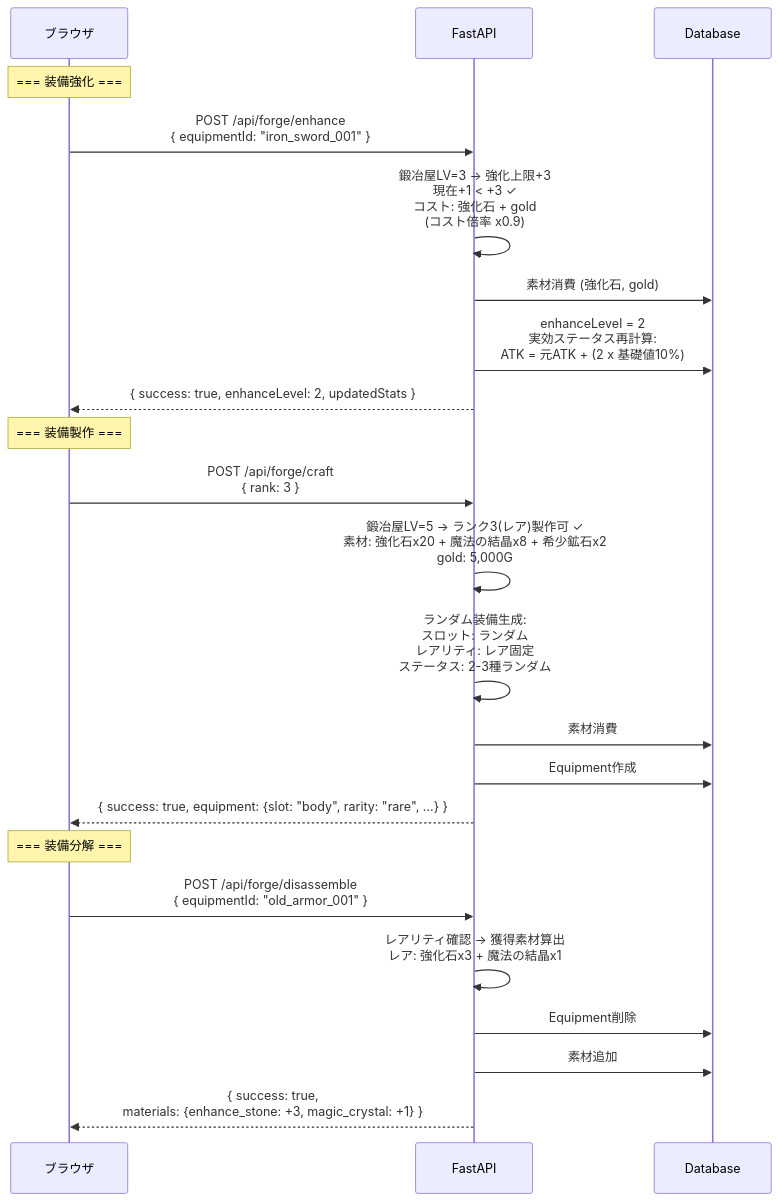
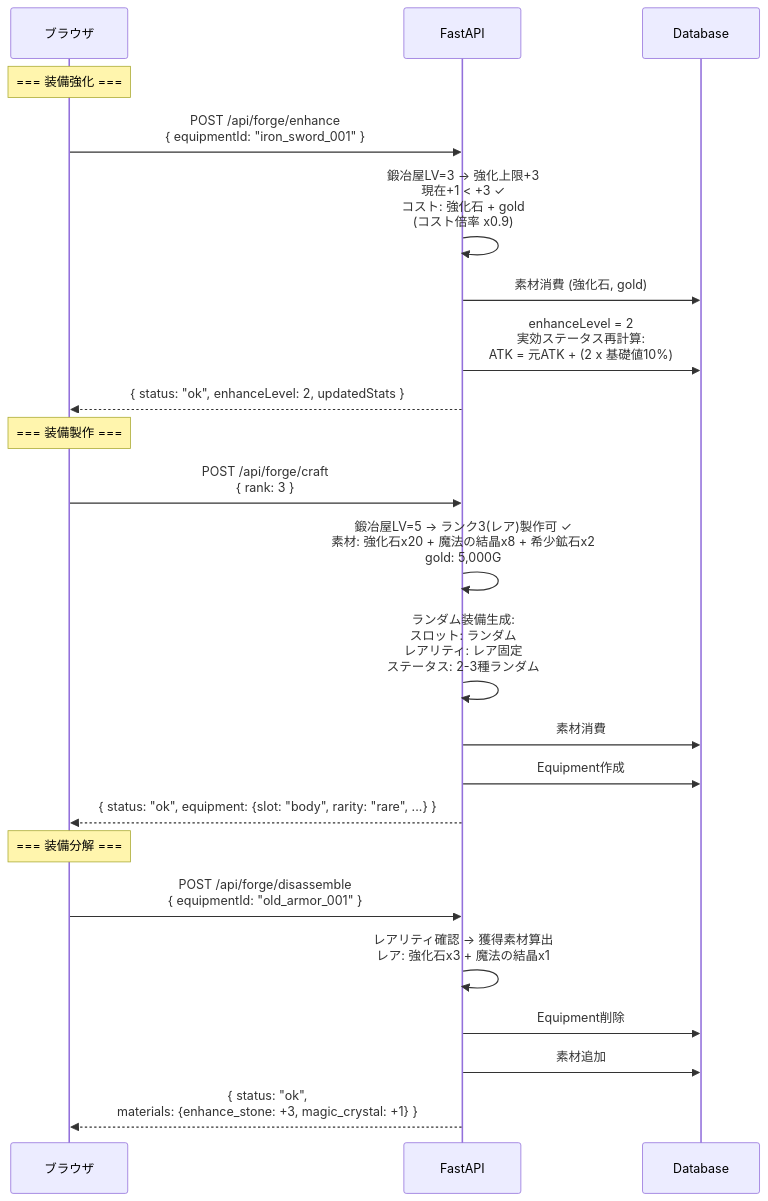
Before and after one commit to dateeee/2026_AFKGAME: the tenth of 14 diagrams in diagrams/api_sequence.md, drawn with Mermaid. The commit also changed other lines of this file and 34 other files, not shown here.

First line of the commit message:
docs+fix: 工程定義に基づく要件〜詳細設計の見直し — 全仕様書・設計図レビューと指摘修正

````diff
--- a/diagrams/api_sequence.md
+++ b/diagrams/api_sequence.md
@@ -362,38 +398,38 @@
 ```mermaid
 %%{init: {'theme': 'default', 'sequence': {'actorFontSize': 18, 'messageFontSize': 16, 'noteFontSize': 14}} }%%
 sequenceDiagram
     participant B as ブラウザ
     participant API as FastAPI
     participant DB as Database
 
     Note over B: === 装備強化 ===
 
     B->>API: POST /api/forge/enhance<br/>{ equipmentId: "iron_sword_001" }
 
     API->>API: 鍛冶屋LV=3 → 強化上限+3<br/>現在+1 < +3 ✓<br/>コスト: 強化石 + gold<br/>(コスト倍率 x0.9)
 
     API->>DB: 素材消費 (強化石, gold)
     API->>DB: enhanceLevel = 2<br/>実効ステータス再計算:<br/>ATK = 元ATK + (2 x 基礎値10%)
-    API-->>B: { success: true, enhanceLevel: 2, updatedStats }
+    API-->>B: { status: "ok", enhanceLevel: 2, updatedStats }
 
     Note over B: === 装備製作 ===
 
     B->>API: POST /api/forge/craft<br/>{ rank: 3 }
 
     API->>API: 鍛冶屋LV=5 → ランク3(レア)製作可 ✓<br/>素材: 強化石x20 + 魔法の結晶x8 + 希少鉱石x2<br/>gold: 5,000G
 
     API->>API: ランダム装備生成:<br/>スロット: ランダム<br/>レアリティ: レア固定<br/>ステータス: 2-3種ランダム
     API->>DB: 素材消費
     API->>DB: Equipment作成
-    API-->>B: { success: true, equipment: {slot: "body", rarity: "rare", ...} }
+    API-->>B: { status: "ok", equipment: {slot: "body", rarity: "rare", ...} }
 
     Note over B: === 装備分解 ===
 
     B->>API: POST /api/forge/disassemble<br/>{ equipmentId: "old_armor_001" }
 
     API->>API: レアリティ確認 → 獲得素材算出<br/>レア: 強化石x3 + 魔法の結晶x1
 
     API->>DB: Equipment削除
     API->>DB: 素材追加
-    API-->>B: { success: true,<br/>  materials: {enhance_stone: +3, magic_crystal: +1} }
+    API-->>B: { status: "ok",<br/>  materials: {enhance_stone: +3, magic_crystal: +1} }
 ```
````
